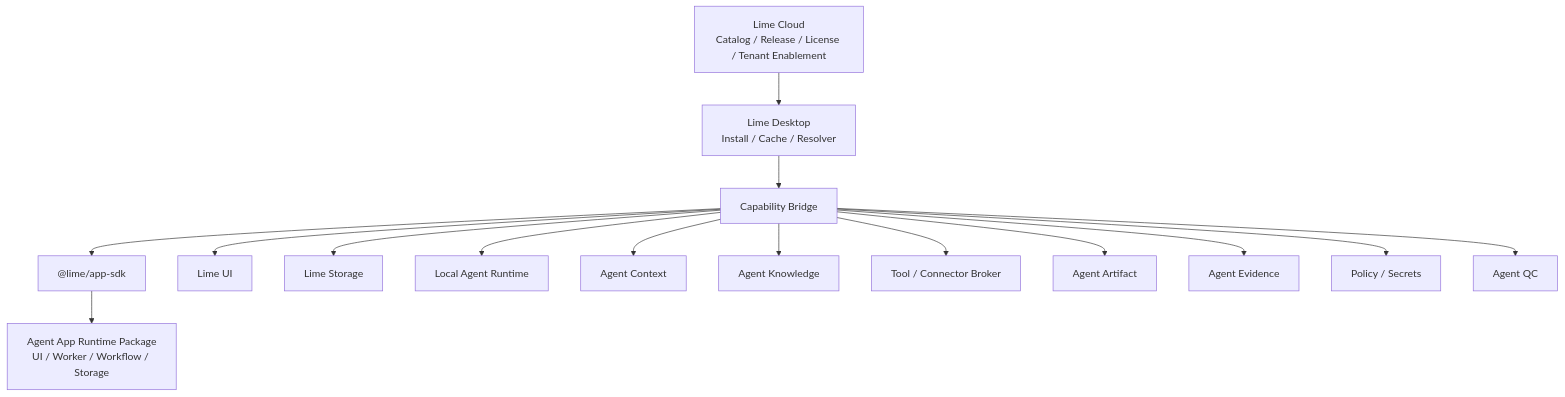
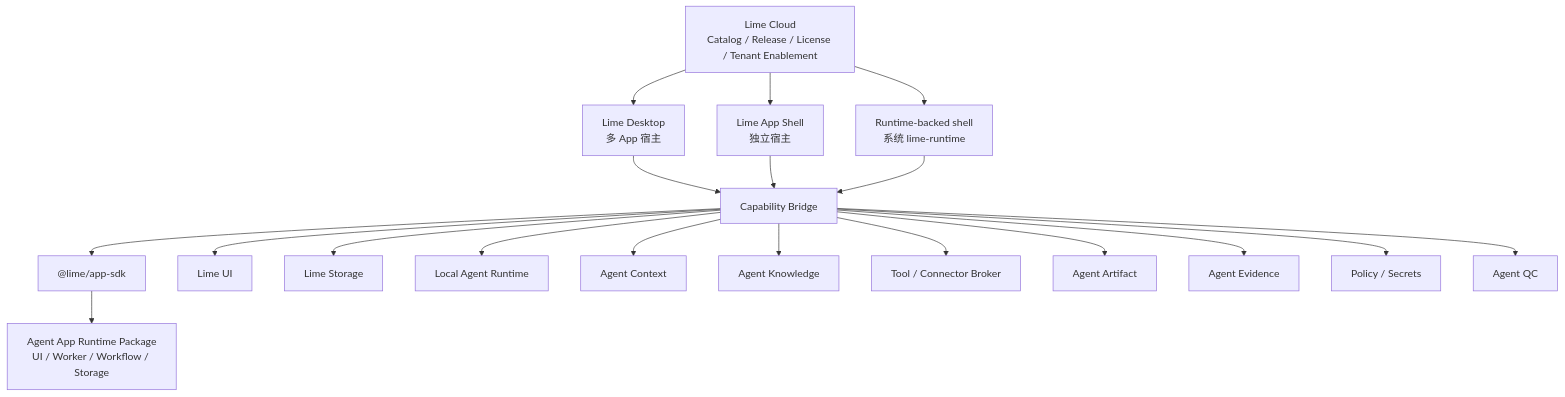
Before and after one commit to limecloud/agentapp: the third of 3 diagrams in docs/zh/what-is-agent-app.md, drawn with Mermaid. The commit also changed other lines of this file and 52 other files, not shown here.

````diff
--- a/docs/zh/what-is-agent-app.md
+++ b/docs/zh/what-is-agent-app.md
@@ -110,20 +116,26 @@
 ```mermaid
 flowchart TD
   Cloud[Lime Cloud
 Catalog / Release / License / Tenant Enablement] --> Desktop[Lime Desktop
-Install / Cache / Resolver]
+多 App 宿主]
+  Cloud --> Shell[Lime App Shell
+独立宿主]
+  Cloud --> RuntimeBacked[Runtime-backed shell
+系统 lime-runtime]
   Desktop --> Bridge[Capability Bridge]
+  Shell --> Bridge
+  RuntimeBacked --> Bridge
   Bridge --> SDK["@lime/app-sdk"]
   SDK --> App[Agent App Runtime Package
 UI / Worker / Workflow / Storage]
   Bridge --> UI[Lime UI]
   Bridge --> Storage[Lime Storage]
   Bridge --> Runtime[Local Agent Runtime]
   Bridge --> Context[Agent Context]
   Bridge --> Knowledge[Agent Knowledge]
   Bridge --> Tools[Tool / Connector Broker]
   Bridge --> Artifact[Agent Artifact]
   Bridge --> Evidence[Agent Evidence]
   Bridge --> Policy[Policy / Secrets]
   Bridge --> QC[Agent QC]
 ```
````
